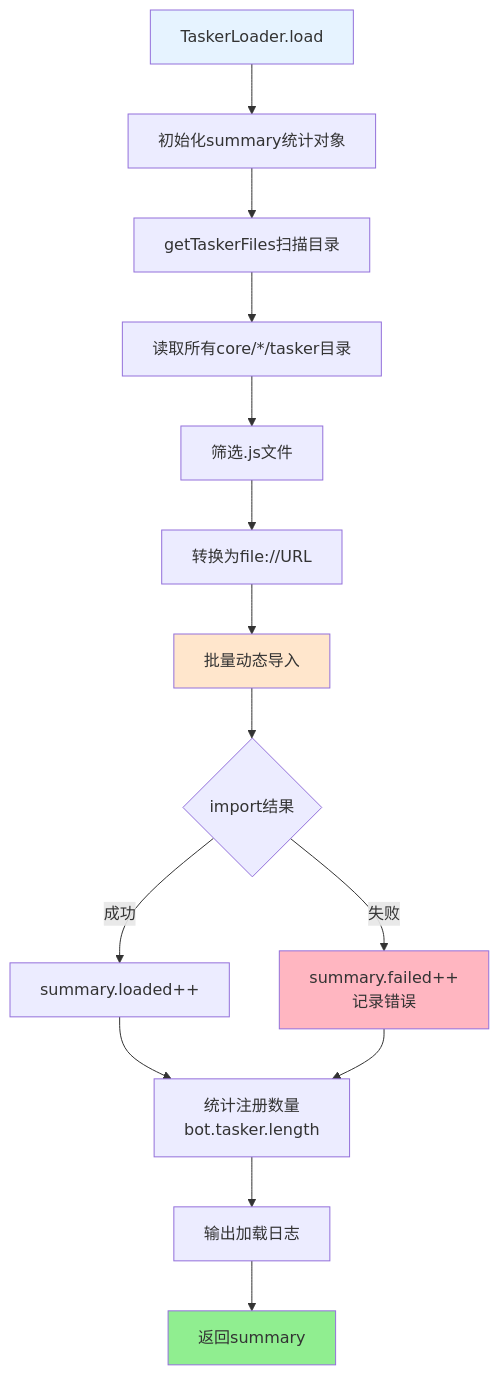
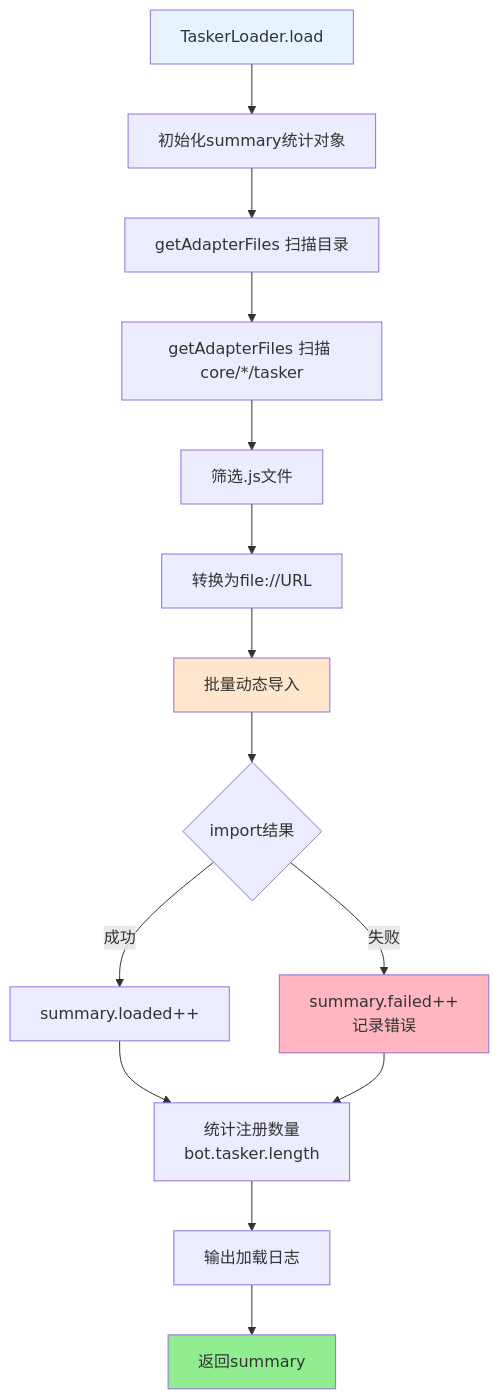
Before and after one commit to sunflowermm/XRK-AGT: the first of 2 diagrams in docs/tasker-loader.md, drawn with Mermaid. The commit also changed other lines of this file and 27 other files, not shown here.

````diff
--- a/docs/tasker-loader.md
+++ b/docs/tasker-loader.md
@@ -35,21 +35,21 @@
 ```mermaid
 flowchart TB
     A[TaskerLoader.load] --> B[初始化summary统计对象]
-    B --> C[getTaskerFiles扫描目录]
-    C --> D[读取所有core/*/tasker目录]
+    B --> C[getAdapterFiles 扫描目录]
+    C --> D[getAdapterFiles 扫描 core/*/tasker]
     D --> E[筛选.js文件]
     E --> F[转换为file://URL]
     F --> G[批量动态导入]
     G --> H{import结果}
     H -->|成功| I[summary.loaded++]
     H -->|失败| J[summary.failed++<br/>记录错误]
     I --> K[统计注册数量<br/>bot.tasker.length]
     J --> K
     K --> L[输出加载日志]
     L --> M[返回summary]
     
     style A fill:#E6F3FF
     style G fill:#FFE6CC
     style M fill:#90EE90
     style J fill:#FFB6C1
 ```
````
